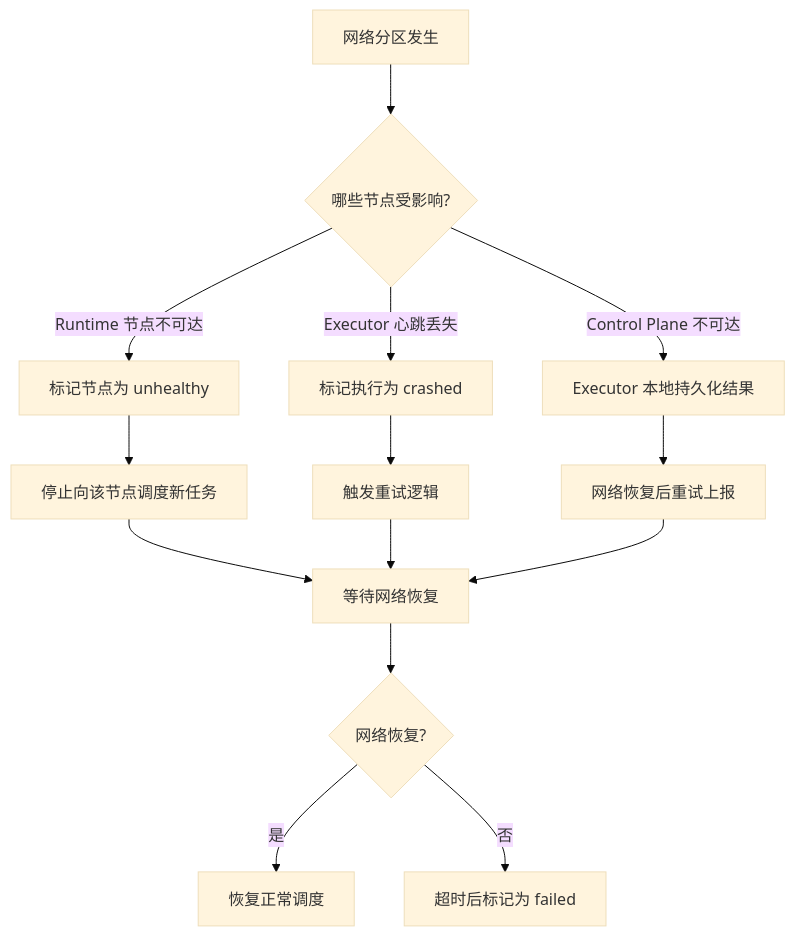
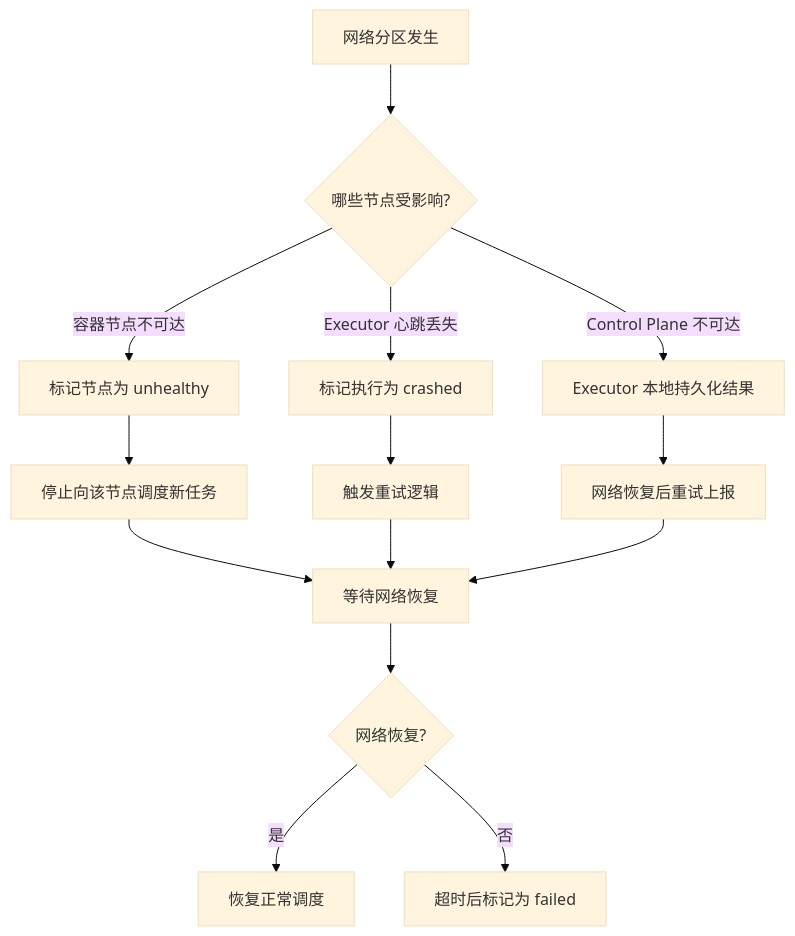
Diagram 11 of 13 in docs/sandbox-design-v2.1.md (kweaver-ai/sandbox), drawn with Mermaid (base theme) before and after one commit. The commit also changed other lines of this file and 8 other files, not shown here.

````diff
--- a/docs/sandbox-design-v2.1.md
+++ b/docs/sandbox-design-v2.1.md
@@ -2382,20 +2366,20 @@
 ```mermaid
 flowchart TD
     A[网络分区发生] --> B{哪些节点受影响?}
 
-    B -->|Runtime 节点不可达| C[标记节点为 unhealthy]
+    B -->|容器节点不可达| C[标记节点为 unhealthy]
     B -->|Executor 心跳丢失| D[标记执行为 crashed]
     B -->|Control Plane 不可达| E[Executor 本地持久化结果]
 
     C --> F[停止向该节点调度新任务]
     D --> G[触发重试逻辑]
     E --> H[网络恢复后重试上报]
 
     F --> I[等待网络恢复]
     G --> I
     H --> I
 
     I --> J{网络恢复?}
     J -->|是| K[恢复正常调度]
     J -->|否| L[超时后标记为 failed]
 ```
````
